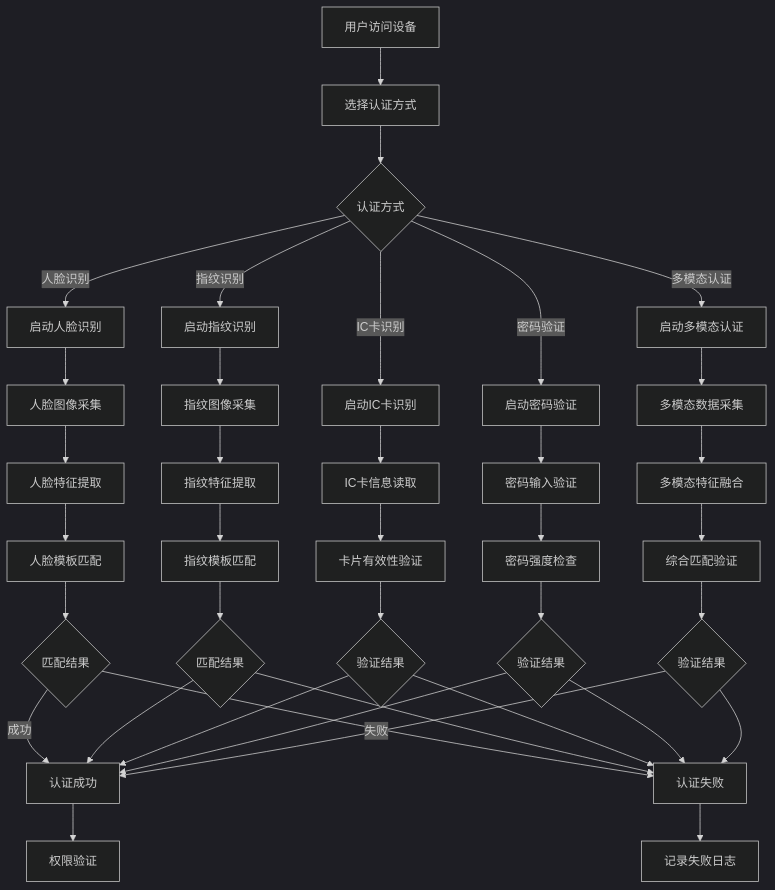
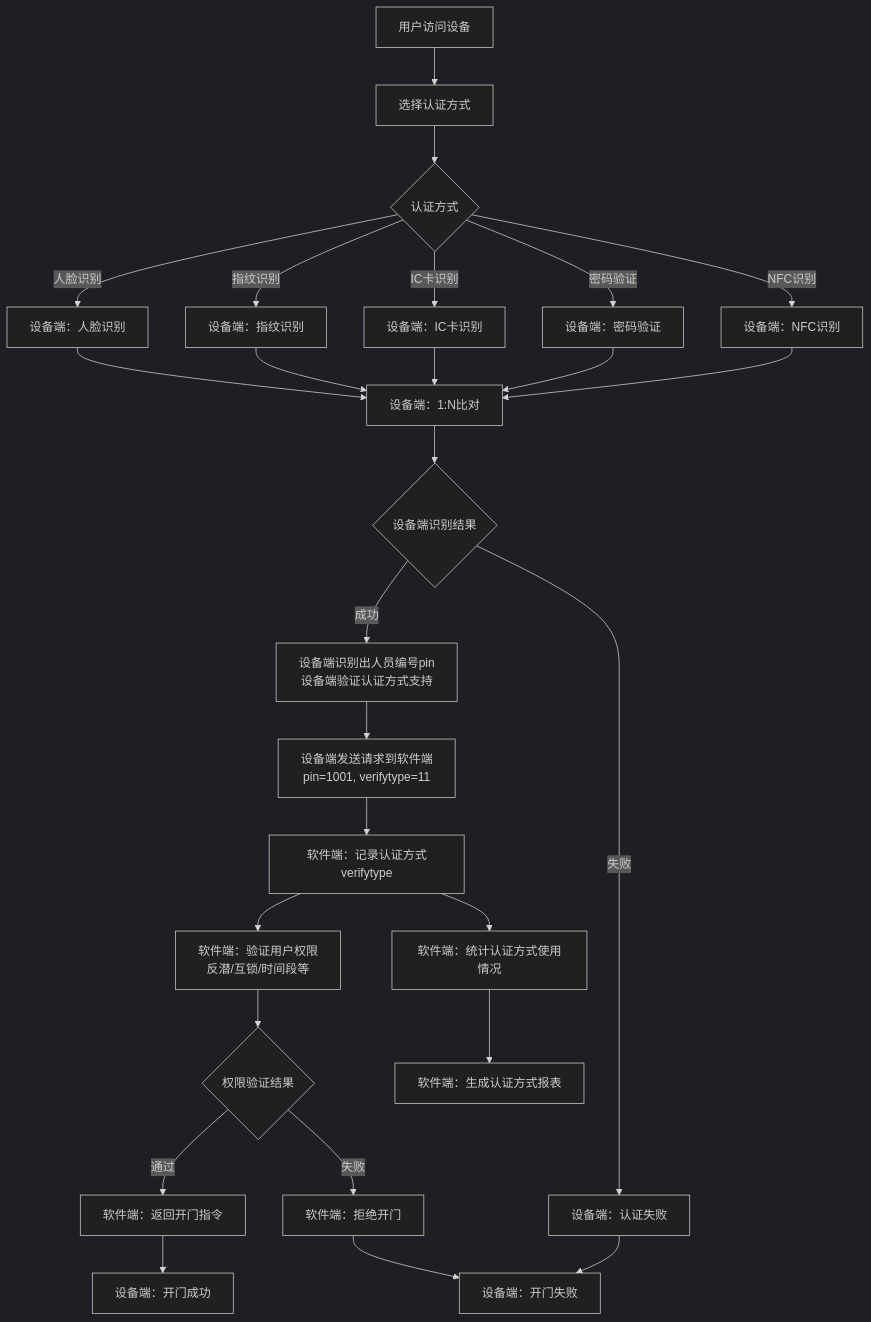
The seventh of 20 diagrams in documentation/业务模块/03-门禁管理模块/02-门禁模块业务流程设计.md (wilson323/IOE-DREAMfornew), drawn with Mermaid (dark theme) before and after one commit. The commit also changed other lines of this file and 20 other files, not shown here.

````diff
--- a/documentation/业务模块/03-门禁管理模块/02-门禁模块业务流程设计.md
+++ b/documentation/业务模块/03-门禁管理模块/02-门禁模块业务流程设计.md
@@ -292,48 +296,36 @@
 ```mermaid
 flowchart TD
     A[用户访问设备] --> B[选择认证方式]
     B --> C{认证方式}
 
-    C -->|人脸识别| D[启动人脸识别]
-    C -->|指纹识别| E[启动指纹识别]
-    C -->|IC卡识别| F[启动IC卡识别]
-    C -->|密码验证| G[启动密码验证]
-    C -->|多模态认证| H[启动多模态认证]
+    C -->|人脸识别| D[设备端：人脸识别]
+    C -->|指纹识别| E[设备端：指纹识别]
+    C -->|IC卡识别| F[设备端：IC卡识别]
+    C -->|密码验证| G[设备端：密码验证]
+    C -->|NFC识别| H[设备端：NFC识别]
 
-    D --> I[人脸图像采集]
-    I --> J[人脸特征提取]
-    J --> K[人脸模板匹配]
-    K --> L{匹配结果}
-
-    E --> M[指纹图像采集]
-    M --> N[指纹特征提取]
-    N --> O[指纹模板匹配]
-    O --> P{匹配结果}
-
-    F --> Q[IC卡信息读取]
-    Q --> R[卡片有效性验证]
-    R --> S{验证结果}
-
-    G --> T[密码输入验证]
-    T --> U[密码强度检查]
-    U --> V{验证结果}
-
-    H --> W[多模态数据采集]
-    W --> X[多模态特征融合]
-    X --> Y[综合匹配验证]
-    Y --> Z{验证结果}
-
-    L -->|成功| AA[认证成功]
-    L -->|失败| BB[认证失败]
-    P --> AA
-    P --> BB
-    S --> AA
-    S --> BB
-    V --> AA
-    V --> BB
-    Z --> AA
-    Z --> BB
-
-    AA --> CC[权限验证]
-    BB --> DD[记录失败日志]
+    D --> I[设备端：1:N比对]
+    E --> I
+    F --> I
+    G --> I
+    H --> I
+    
+    I --> J{设备端识别结果}
+    J -->|成功| K[设备端识别出人员编号pin<br/>设备端验证认证方式支持]
+    J -->|失败| L[设备端：认证失败]
+    
+    K --> M[设备端发送请求到软件端<br/>pin=1001, verifytype=11]
+    M --> N[软件端：记录认证方式verifytype]
+    N --> O[软件端：验证用户权限<br/>反潜/互锁/时间段等]
+    O --> P{权限验证结果}
+    
+    P -->|通过| Q[软件端：返回开门指令]
+    P -->|失败| R[软件端：拒绝开门]
+    
+    Q --> S[设备端：开门成功]
+    R --> T[设备端：开门失败]
+    L --> T
+    
+    N --> U[软件端：统计认证方式使用情况]
+    U --> V[软件端：生成认证方式报表]
 ```
````
